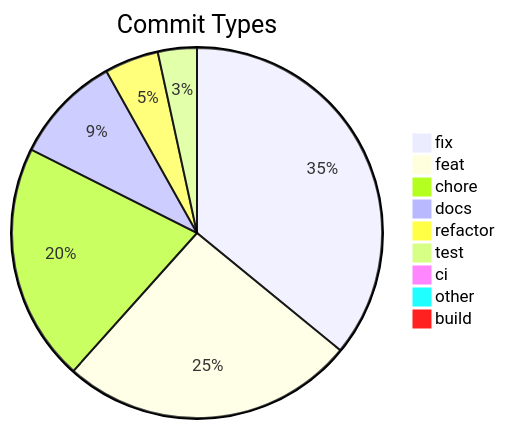
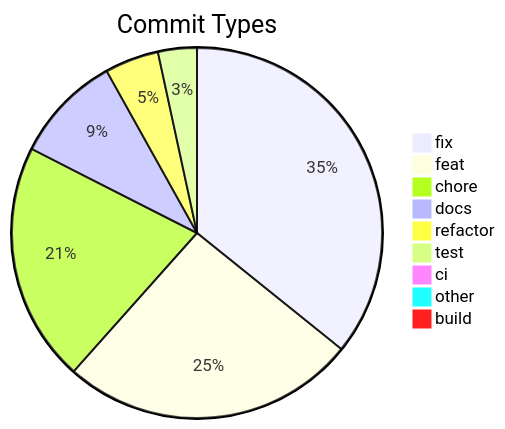
The diagram in .shipwright/compliance/change-history.md (svenroth-ai/shipwright-webui), drawn with Mermaid before and after one commit. The commit also changed other lines of this file and 25 other files, not shown here.

````diff
--- a/.shipwright/compliance/change-history.md
+++ b/.shipwright/compliance/change-history.md
@@ -8,12 +8,12 @@
 ```mermaid
 pie title Commit Types
     "fix" : 190
-    "feat" : 136
-    "chore" : 110
+    "feat" : 137
+    "chore" : 111
     "docs" : 50
     "refactor" : 25
     "test" : 18
     "ci" : 4
     "other" : 4
     "build" : 1
 ```
````
